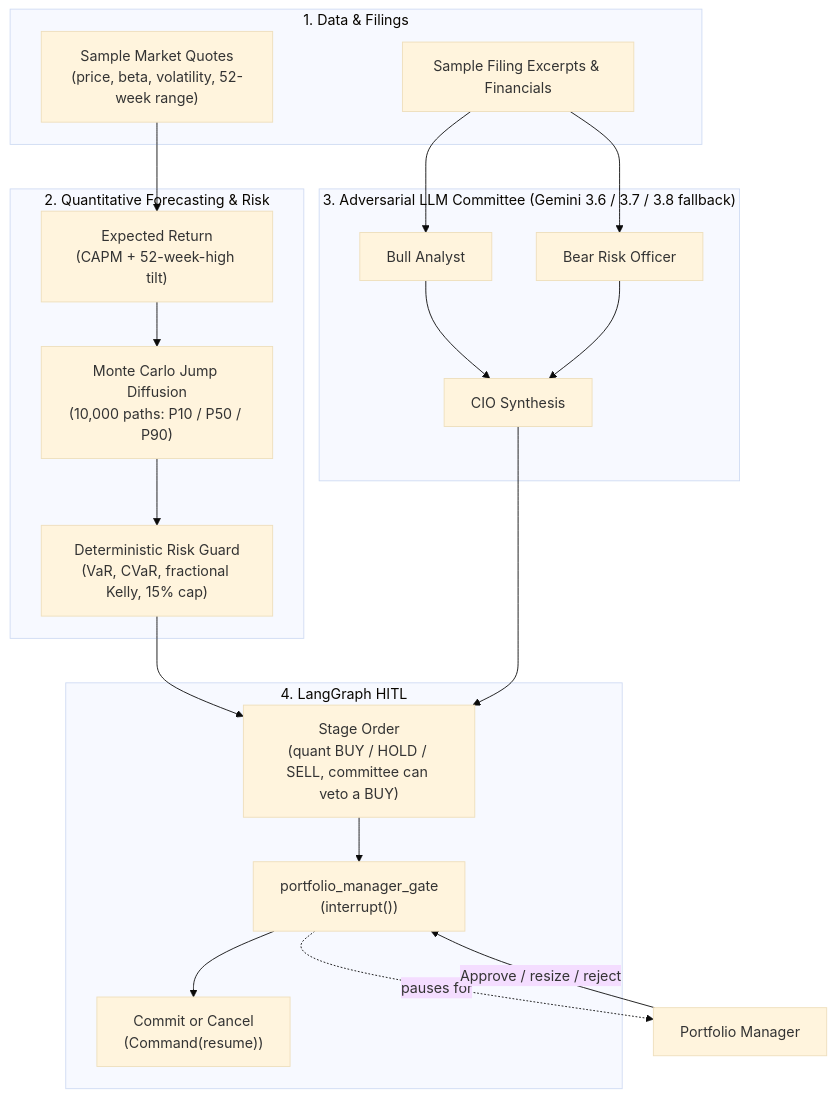
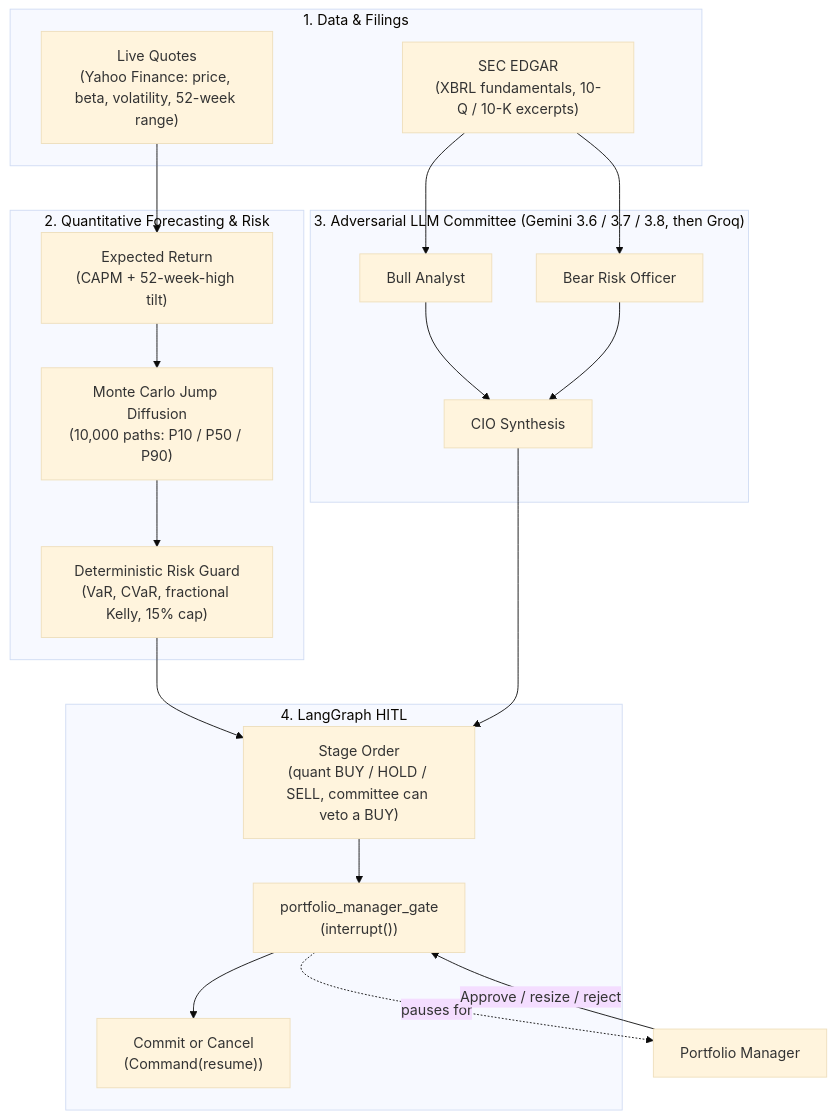
The diagram in README.md (varadganjoo/apex-alpha), drawn with Mermaid (base theme) before and after one commit. The commit also changed other lines of this file and 8 other files, not shown here.

````diff
--- a/README.md
+++ b/README.md
@@ -39,33 +47,33 @@
 ```mermaid
 flowchart TD
     subgraph DataIngestion["1. Data & Filings"]
-        Quotes["Sample Market Quotes<br/>(price, beta, volatility, 52-week range)"]
-        SEC["Sample Filing Excerpts & Financials"]
+        Quotes["Live Quotes<br/>(Yahoo Finance: price, beta, volatility, 52-week range)"]
+        SEC["SEC EDGAR<br/>(XBRL fundamentals, 10-Q / 10-K excerpts)"]
     end
 
     subgraph QuantEngine["2. Quantitative Forecasting & Risk"]
         Drift["Expected Return<br/>(CAPM + 52-week-high tilt)"]
         MC["Monte Carlo Jump Diffusion<br/>(10,000 paths: P10 / P50 / P90)"]
         Risk["Deterministic Risk Guard<br/>(VaR, CVaR, fractional Kelly, 15% cap)"]
     end
 
-    subgraph DebateEngine["3. Adversarial LLM Committee (Gemini 3.6 / 3.7 / 3.8 fallback)"]
+    subgraph DebateEngine["3. Adversarial LLM Committee (Gemini 3.6 / 3.7 / 3.8, then Groq)"]
         Bull["Bull Analyst"]
         Bear["Bear Risk Officer"]
         Synth["CIO Synthesis"]
     end
 
     subgraph HITL["4. LangGraph HITL"]
         Stage["Stage Order<br/>(quant BUY / HOLD / SELL, committee can veto a BUY)"]
         PMGate["portfolio_manager_gate<br/>(interrupt())"]
         Execution["Commit or Cancel<br/>(Command(resume))"]
     end
 
     Quotes --> Drift --> MC --> Risk
     SEC --> Bull & Bear
     Bull & Bear --> Synth
     Risk & Synth --> Stage --> PMGate
     PMGate -.->|"pauses for"| PM["Portfolio Manager"]
     PM -->|"Approve / resize / reject"| PMGate
     PMGate --> Execution
 ```
````
